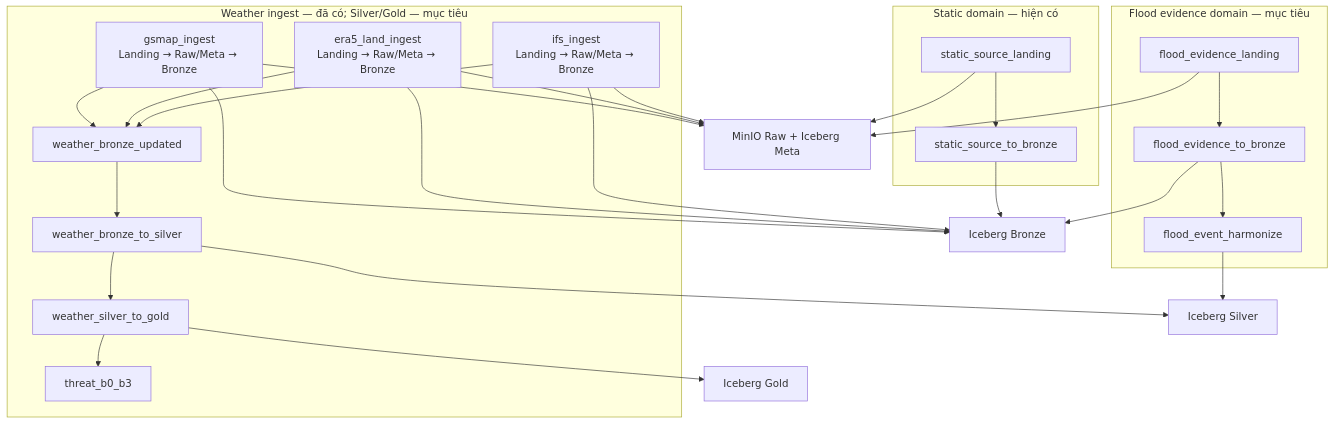
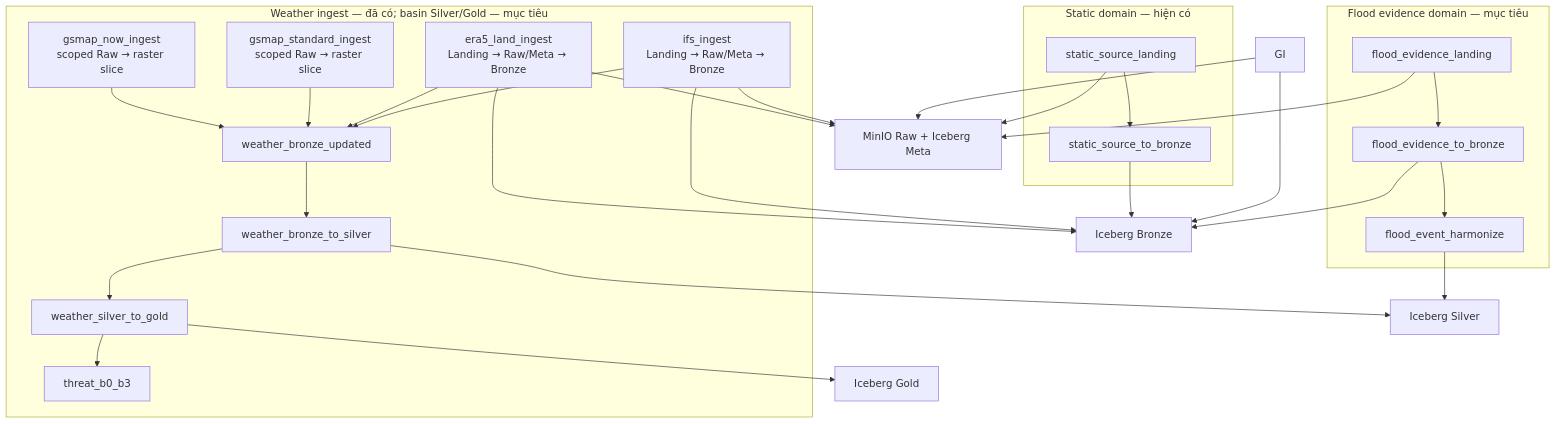
The fourth of 5 diagrams in docs/pipeline_architecture_and_roadmap.md (cloud-vmih/flood-lake-kg), drawn with Mermaid before and after one commit. The commit also changed other lines of this file and 6 other files, not shown here.

Commit message:
docs: describe scoped weather raster pipelines

````diff
--- a/docs/pipeline_architecture_and_roadmap.md
+++ b/docs/pipeline_architecture_and_roadmap.md
@@ -307,38 +306,40 @@
 ```mermaid
 flowchart TD
   subgraph Static["Static domain — hiện có"]
     SL["static_source_landing"] --> SB["static_source_to_bronze"]
   end
 
   subgraph Event["Flood evidence domain — mục tiêu"]
     FL["flood_evidence_landing"] --> FB["flood_evidence_to_bronze"]
     FB --> FH["flood_event_harmonize"]
   end
 
-  subgraph Weather["Weather ingest — đã có; Silver/Gold — mục tiêu"]
-    GI["gsmap_ingest<br/>Landing → Raw/Meta → Bronze"]
+  subgraph Weather["Weather ingest — đã có; basin Silver/Gold — mục tiêu"]
+    GN["gsmap_now_ingest<br/>scoped Raw → raster slice"]
+    GS["gsmap_standard_ingest<br/>scoped Raw → raster slice"]
     EI["era5_land_ingest<br/>Landing → Raw/Meta → Bronze"]
     II["ifs_ingest<br/>Landing → Raw/Meta → Bronze"]
-    GI --> ASSET["weather_bronze_updated"]
+    GN --> ASSET["weather_bronze_updated"]
+    GS --> ASSET
     EI --> ASSET
     II --> ASSET
     ASSET --> WS["weather_bronze_to_silver"]
     WS --> WG["weather_silver_to_gold"]
     WG --> TH["threat_b0_b3"]
   end
 
   SL --> RAW["MinIO Raw + Iceberg Meta"]
   FL --> RAW
   GI --> RAW
   EI --> RAW
   II --> RAW
 
   SB --> BR["Iceberg Bronze"]
   FB --> BR
   GI --> BR
   EI --> BR
   II --> BR
   FH --> SI["Iceberg Silver"]
   WS --> SI
   WG --> GO["Iceberg Gold"]
 ```
````
